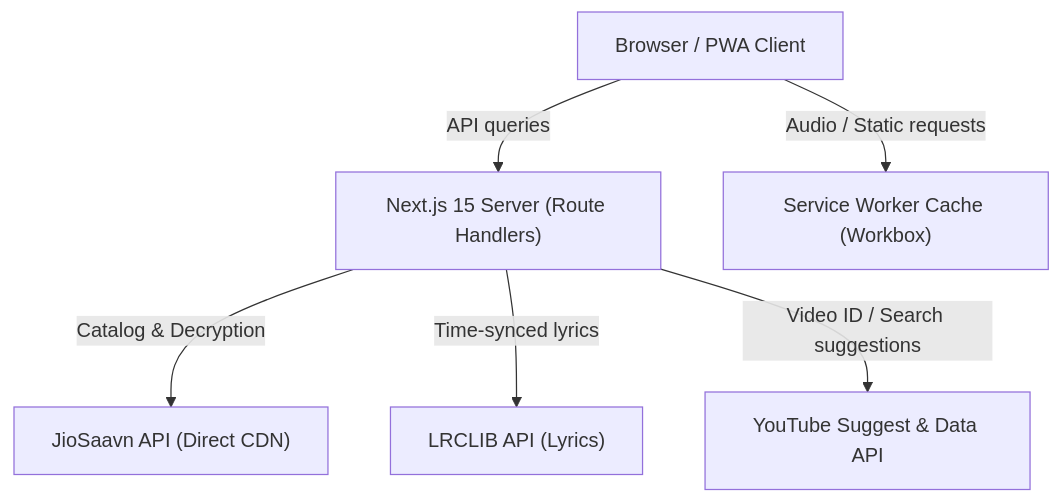
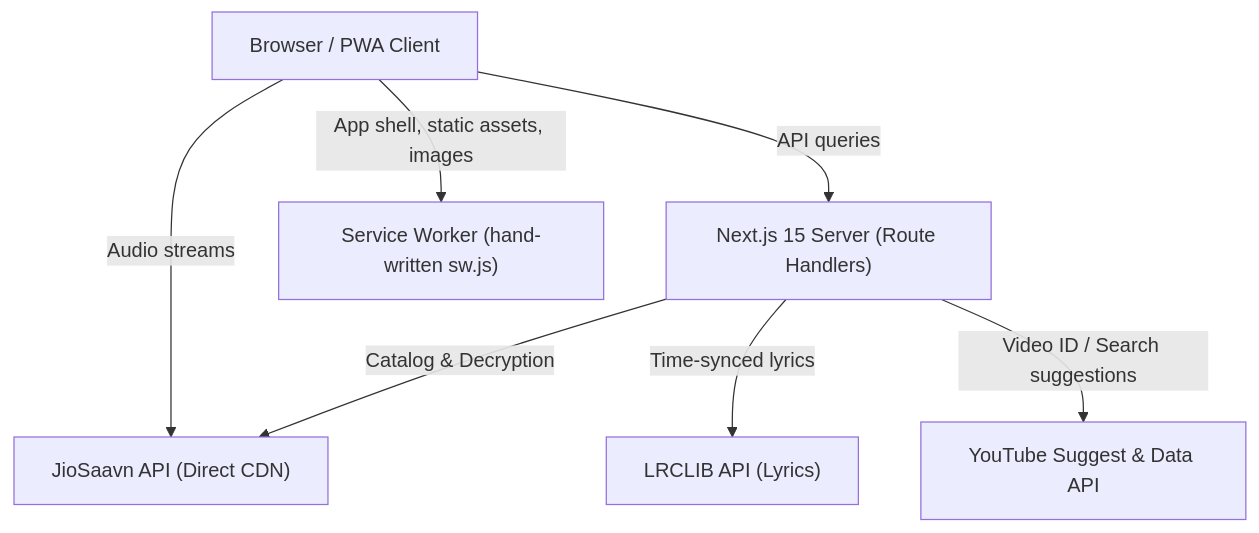
One commit to binarybuddiesdev-wq/free-music changed the first of 8 diagrams in docs/architecture/architecture.md. Above: the diagram before and after it, drawn with Mermaid. The commit also changed other lines of this file and 2 other files, not shown here.

First line of the commit message:
docs/ci: refresh architecture doc, fix README links, add e2e job, use Node 24 in CI

````diff
--- a/docs/architecture/architecture.md
+++ b/docs/architecture/architecture.md
@@ -11,15 +11,16 @@
 ```mermaid
 graph TD
     Client["Browser / PWA Client"]
     NextServer["Next.js 15 Server (Route Handlers)"]
     JioSaavn["JioSaavn API (Direct CDN)"]
     LRCLIB["LRCLIB API (Lyrics)"]
     YouTube["YouTube Suggest & Data API"]
-    Cache["Service Worker Cache (Workbox)"]
+    Cache["Service Worker (hand-written sw.js)"]
 
-    Client -->|Audio / Static requests| Cache
+    Client -->|App shell, static assets, images| Cache
+    Client -->|Audio streams| JioSaavn
     Client -->|API queries| NextServer
     NextServer -->|Catalog & Decryption| JioSaavn
     NextServer -->|Time-synced lyrics| LRCLIB
     NextServer -->|Video ID / Search suggestions| YouTube
 ```
````
